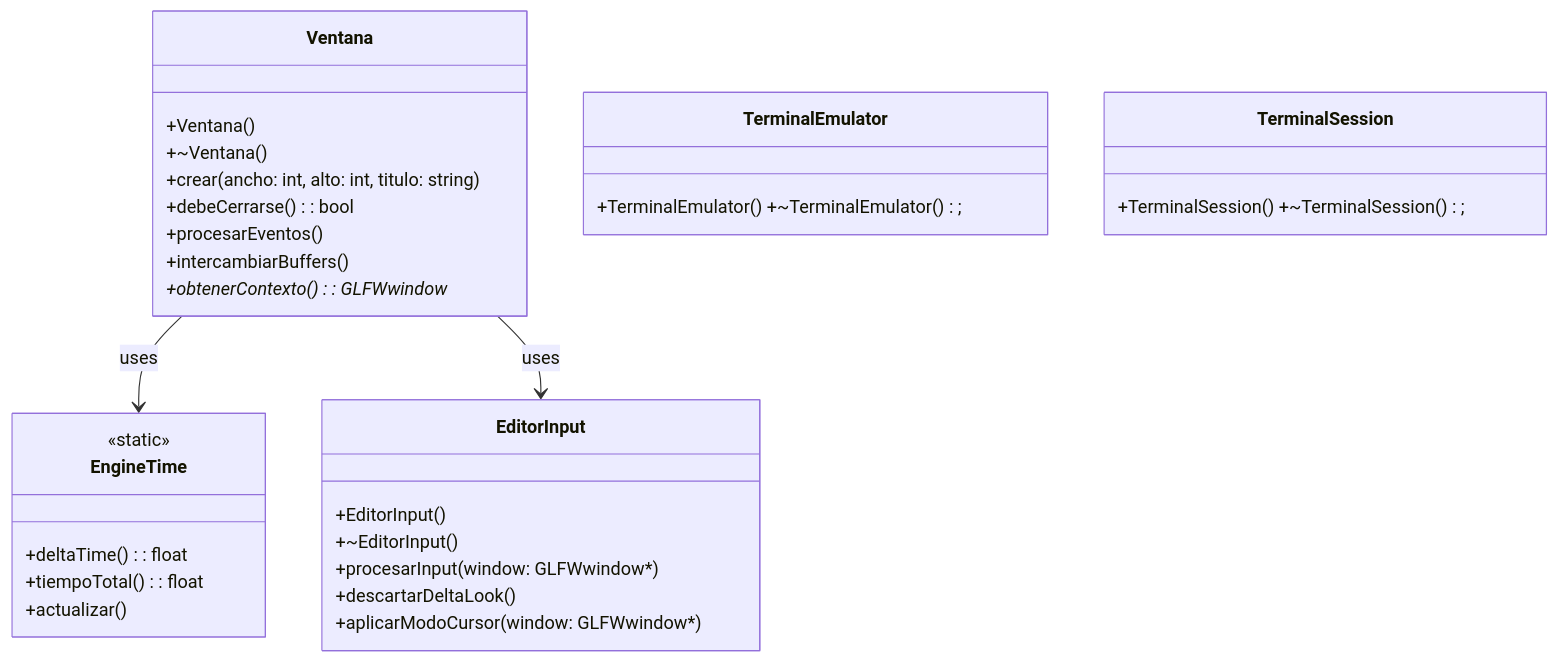
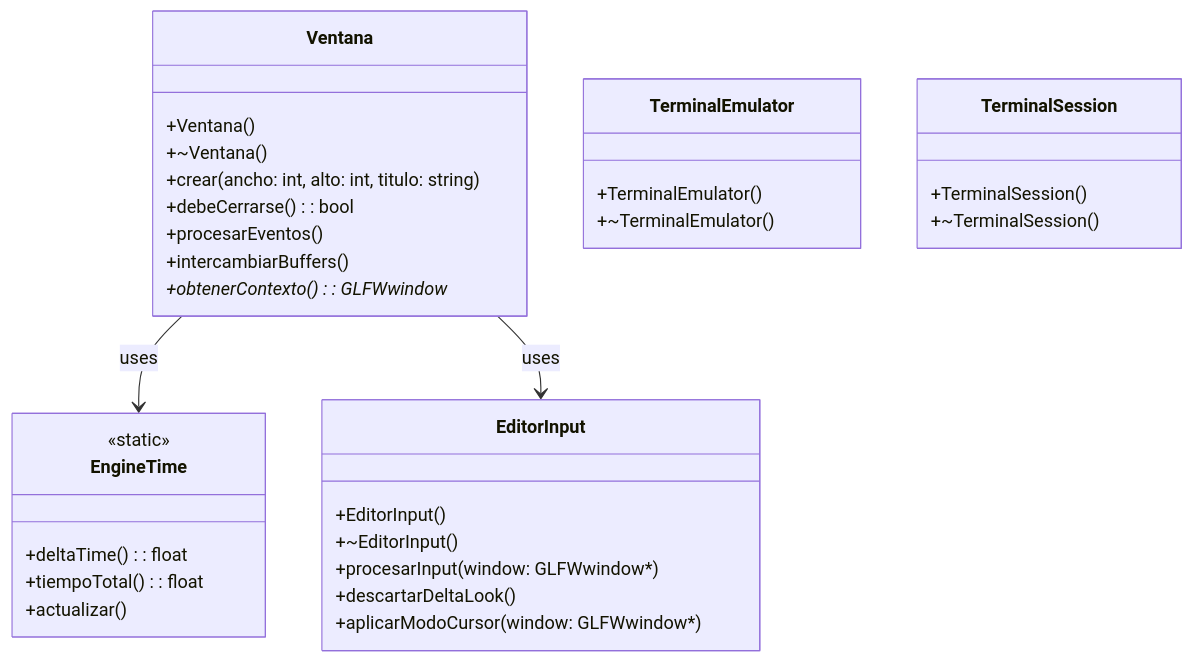
One commit to FunshiEngine/FunshiEngineOpenGL changed the seventh of 9 diagrams in doc/uml/DiagramaClases.es.md. Above: the diagram before and after it, drawn with Mermaid. The commit also changed other lines of this file and 3 other files, not shown here.

First line of the commit message:
docs(uml): fix remaining mermaid parse errors and split inline members

````diff
--- a/doc/uml/DiagramaClases.es.md
+++ b/doc/uml/DiagramaClases.es.md
@@ -448,30 +494,36 @@
 ```mermaid
 classDiagram
     class Ventana {
         +Ventana()
         +~Ventana()
         +crear(ancho: int, alto: int, titulo: string)
         +debeCerrarse(): bool
         +procesarEventos()
         +intercambiarBuffers()
         +obtenerContexto(): GLFWwindow*
     }
     class EngineTime {
         <<static>>
         +deltaTime(): float
         +tiempoTotal(): float
         +actualizar()
     }
     class EditorInput {
         +EditorInput()
         +~EditorInput()
         +procesarInput(window: GLFWwindow*)
         +descartarDeltaLook()
         +aplicarModoCursor(window: GLFWwindow*)
     }
-    class TerminalEmulator { +TerminalEmulator() +~TerminalEmulator(); }
-    class TerminalSession { +TerminalSession() +~TerminalSession(); }
+    class TerminalEmulator {
+        +TerminalEmulator()
+        +~TerminalEmulator()
+    }
+    class TerminalSession {
+        +TerminalSession()
+        +~TerminalSession()
+    }
 
     Ventana --> EngineTime : uses
     Ventana --> EditorInput : uses
 ```
````
